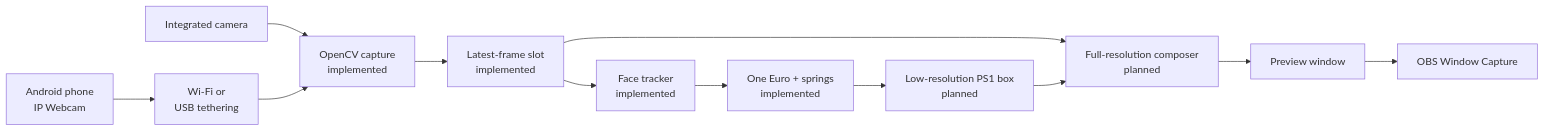
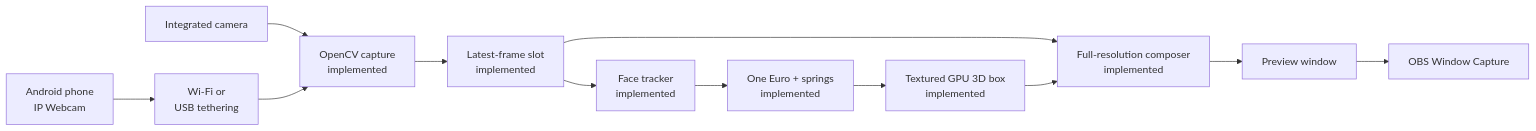
The diagram in docs/README.md (Zanark/KardboardCode-VTuber), drawn with Mermaid before and after one commit. The commit also changed other lines of this file and 11 other files, not shown here.

First line of the commit message:
Add textured GPU 3D renderer

````diff
--- a/docs/README.md
+++ b/docs/README.md
@@ -61,14 +62,14 @@
 ```mermaid
 flowchart LR
     Phone["Android phone<br/>IP Webcam"] --> Network["Wi-Fi or<br/>USB tethering"]
     Laptop["Integrated camera"] --> Capture
     Network --> Capture["OpenCV capture<br/>implemented"]
     Capture --> Slot["Latest-frame slot<br/>implemented"]
     Slot --> Tracker["Face tracker<br/>implemented"]
-    Slot --> Composer["Full-resolution composer<br/>planned"]
+    Slot --> Composer["Full-resolution composer<br/>implemented"]
     Tracker --> Filter["One Euro + springs<br/>implemented"]
-    Filter --> Renderer["Low-resolution PS1 box<br/>planned"]
+    Filter --> Renderer["Textured GPU 3D box<br/>implemented"]
     Renderer --> Composer
     Composer --> Preview["Preview window"]
     Preview --> OBS["OBS Window Capture"]
 ```
````
